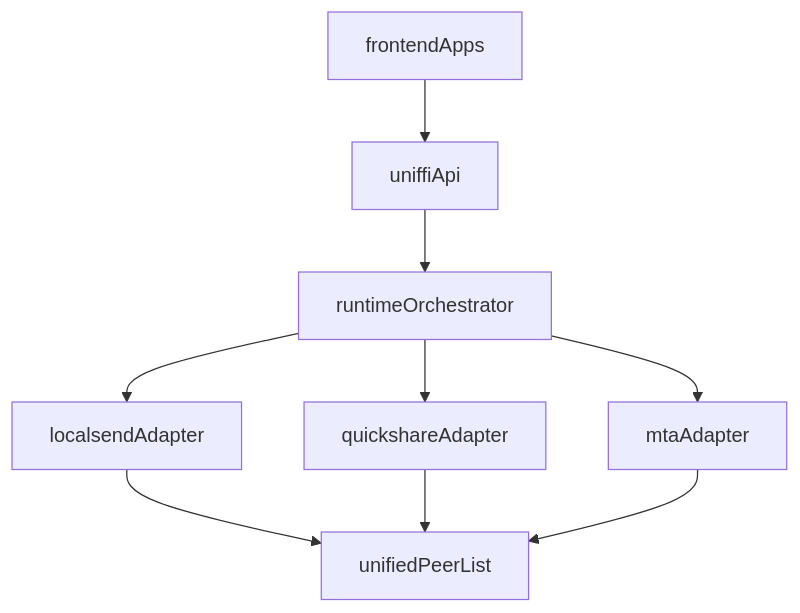
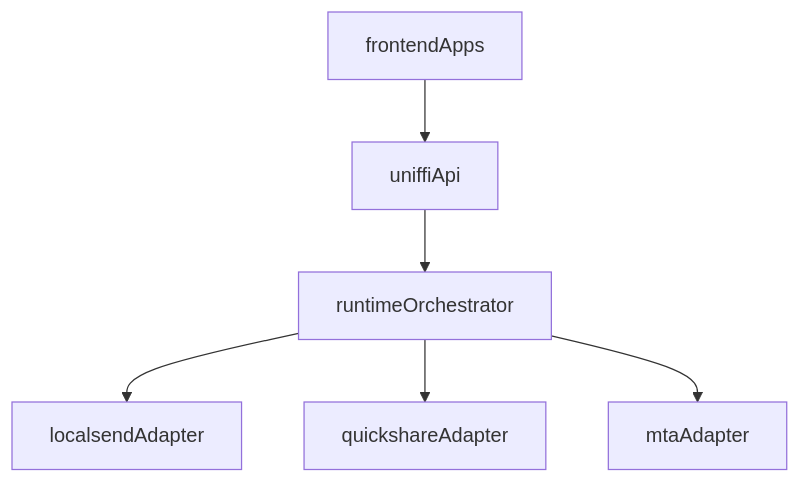
One commit to HxprLee/satella changed the diagram in README.md. Above: the diagram before and after it, drawn with Mermaid. The commit also changed other lines of this file and 56 other files, not shown here.

````diff
--- a/README.md
+++ b/README.md
@@ -12,11 +12,9 @@
 ```mermaid
 flowchart TD
   frontendApps --> uniffiApi
   uniffiApi --> runtimeOrchestrator
   runtimeOrchestrator --> localsendAdapter
   runtimeOrchestrator --> quickshareAdapter
   runtimeOrchestrator --> mtaAdapter
-  localsendAdapter --> unifiedPeerList
-  quickshareAdapter --> unifiedPeerList
-  mtaAdapter --> unifiedPeerList
+
 ```
````
